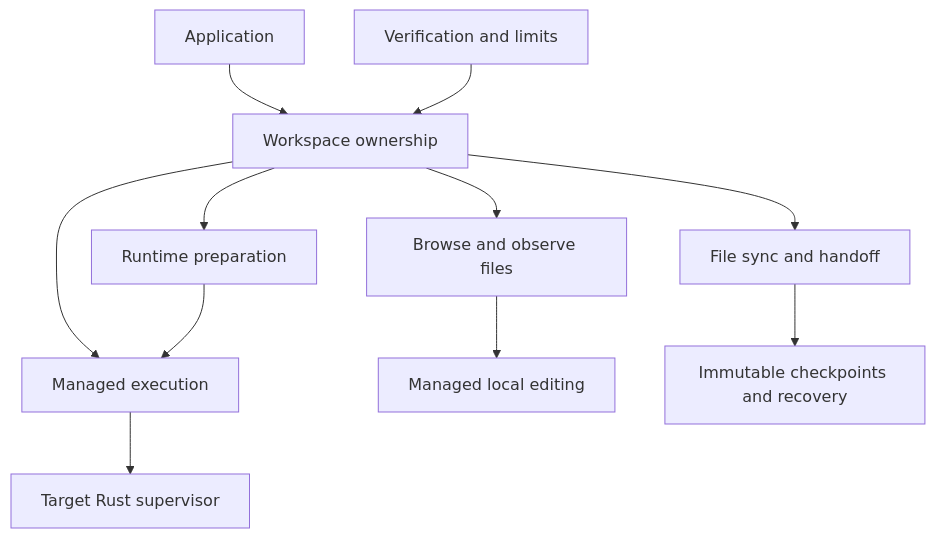
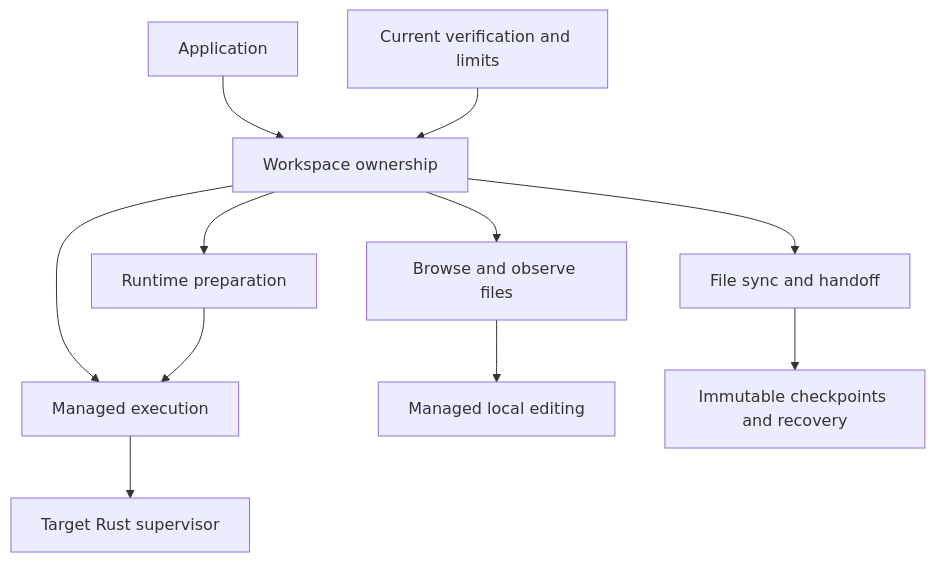
The diagram in docs/state/README.md (nessalabs/workspace-sdk), drawn with Mermaid before and after one commit. The commit also changed other lines of this file and 32 other files, not shown here.

````diff
--- a/docs/state/README.md
+++ b/docs/state/README.md
@@ -25,13 +25,13 @@
 ```mermaid
 flowchart TD
     App[Application] --> Workspace[Workspace ownership]
     Workspace --> Execution[Managed execution]
     Workspace --> Sync[File sync and handoff]
     Workspace --> Files[Browse and observe files]
     Files --> Editing[Managed local editing]
     Workspace --> Preparation[Runtime preparation]
     Preparation --> Execution
     Execution --> Supervisor[Target Rust supervisor]
     Sync --> Checkpoints[Immutable checkpoints and recovery]
-    Evidence[Verification and limits] --> Workspace
+    Evidence[Current verification and limits] --> Workspace
 ```
````
